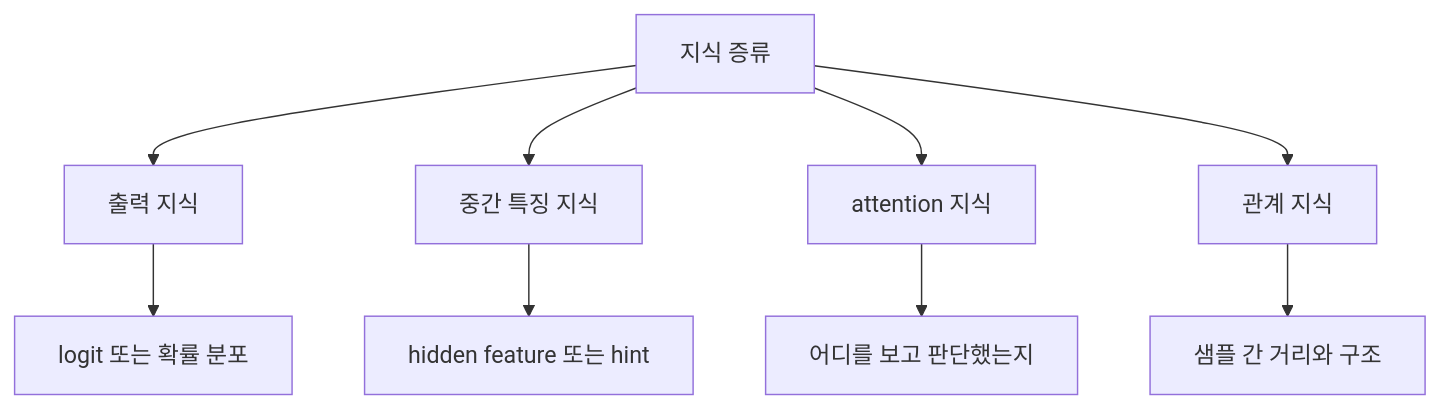
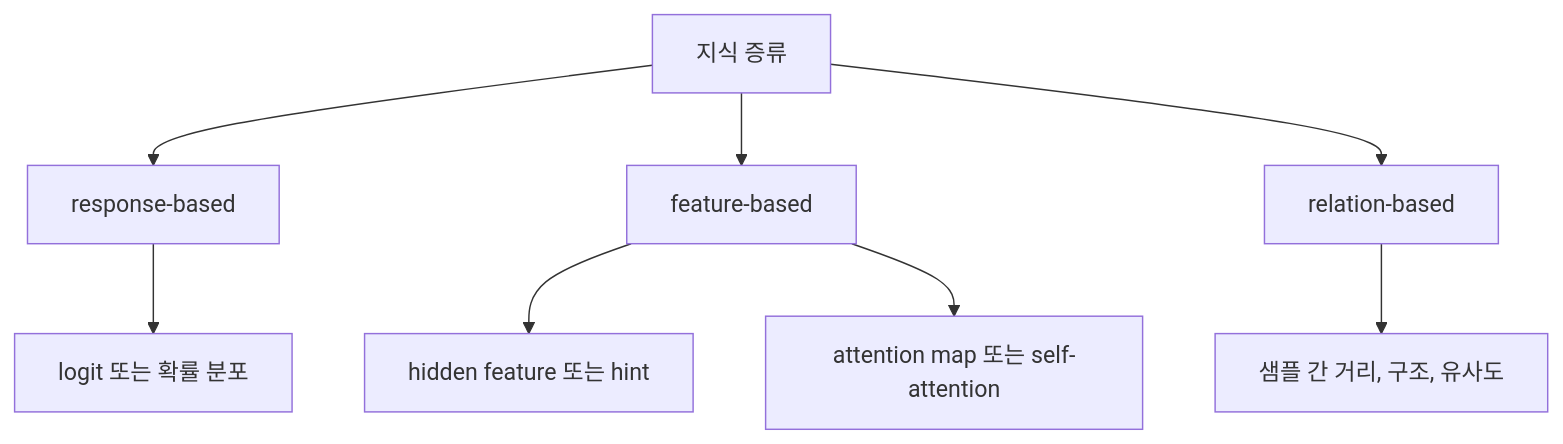
Before and after one commit to lee-seong-wook/knowledge-distillation-guide: the diagram in docs/03-what-gets-transferred.md, drawn with Mermaid. The commit also changed other lines of this file and 5 other files, not shown here.

````diff
--- a/docs/03-what-gets-transferred.md
+++ b/docs/03-what-gets-transferred.md
@@ -11,11 +11,10 @@
 ```mermaid
 flowchart TD
-    A[지식 증류] --> B[출력 지식]
-    A --> C[중간 특징 지식]
-    A --> D[attention 지식]
-    A --> E[관계 지식]
+    A[지식 증류] --> B[response-based]
+    A --> C[feature-based]
+    A --> D[relation-based]
     B --> B1[logit 또는 확률 분포]
     C --> C1[hidden feature 또는 hint]
-    D --> D1[어디를 보고 판단했는지]
-    E --> E1[샘플 간 거리와 구조]
+    C --> C2[attention map 또는 self-attention]
+    D --> D1[샘플 간 거리, 구조, 유사도]
 ```
````
